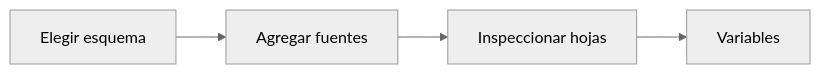
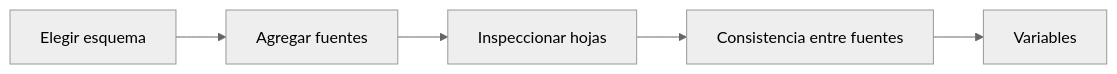
The diagram in Obsidian_Prosecnur/Prosecnur/Módulos/05 Calculador de muestras/Modos/01 Muestra de cursos-horario/Secciones/01 Datos/Pestañas/02 Fuentes para la muestra universitaria/Fuentes para la muestra universitaria.md (GonzaloAlmendariz/prosecnur-app), drawn with Mermaid (neutral theme) before and after one commit. The commit also changed other lines of this file and 69 other files, not shown here.

````diff
--- a/Obsidian_Prosecnur/Prosecnur/Módulos/05 Calculador de muestras/Modos/01 Muestra de cursos-horario/Secciones/01 Datos/Pestañas/02 Fuentes para la muestra universitaria/Fuentes para la muestra universitaria.md
+++ b/Obsidian_Prosecnur/Prosecnur/Módulos/05 Calculador de muestras/Modos/01 Muestra de cursos-horario/Secciones/01 Datos/Pestañas/02 Fuentes para la muestra universitaria/Fuentes para la muestra universitaria.md
@@ -22,6 +24,7 @@
 ```mermaid
 flowchart LR
     A[Elegir esquema] --> B[Agregar fuentes]
     B --> C[Inspeccionar hojas]
-    C --> D[Variables]
+    C --> D[Consistencia entre fuentes]
+    D --> E[Variables]
 ```
````
